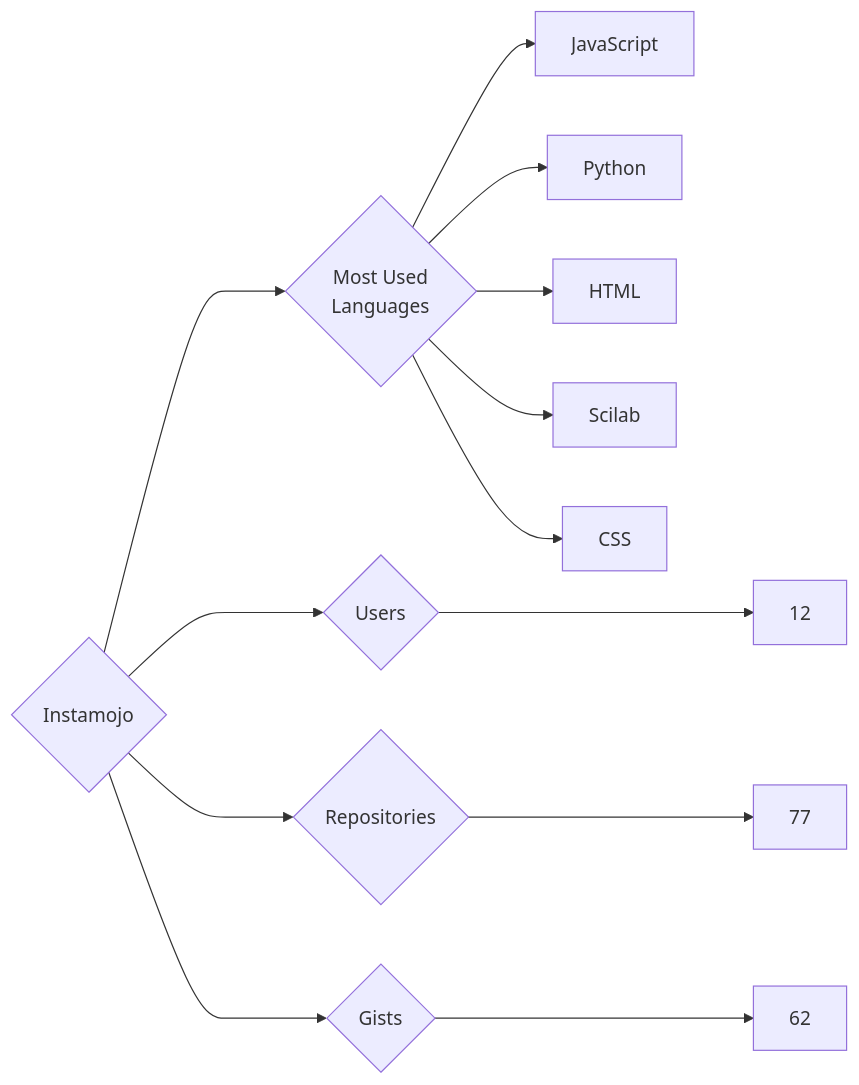
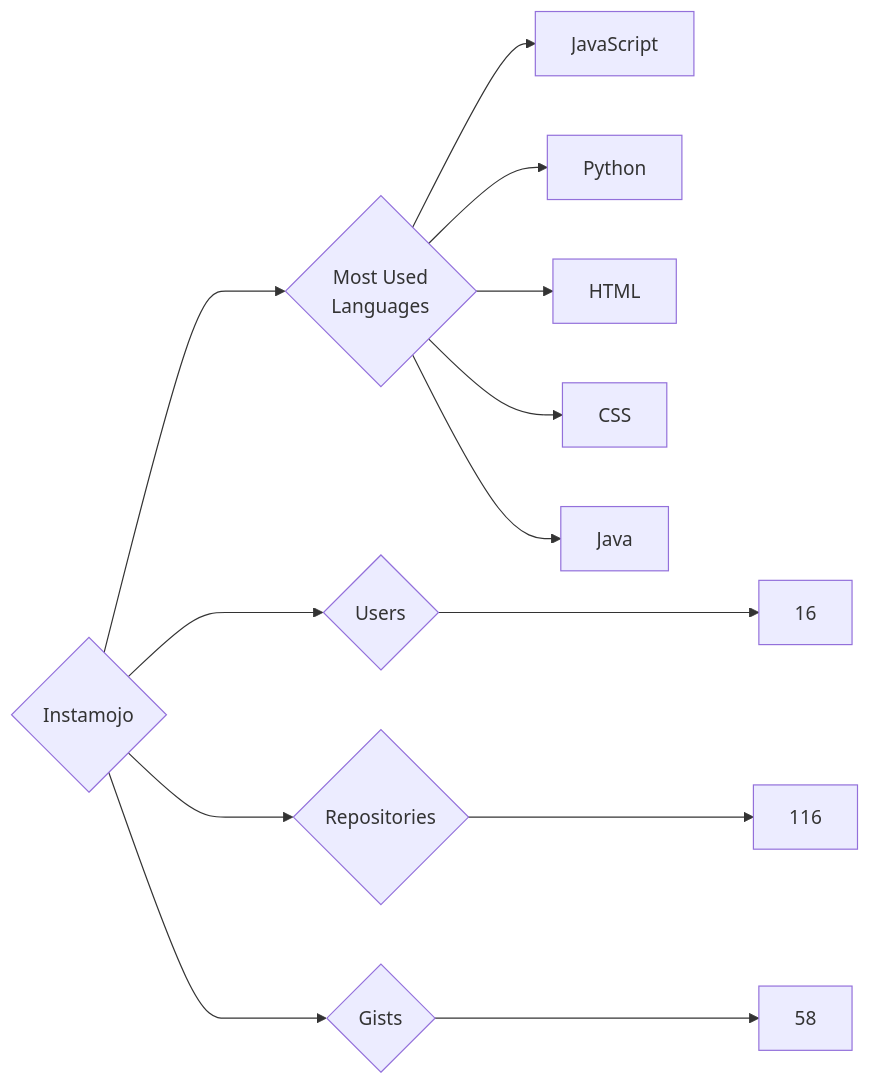
One commit to trickest/insiders changed the diagram in targets/Instamojo/README.md. Above: the diagram before and after it, drawn with Mermaid. The commit also changed 657 other files, not shown here.

````diff
--- a/targets/Instamojo/README.md
+++ b/targets/Instamojo/README.md
@@ -3,13 +3,13 @@
 ```mermaid
 graph LR
 COMPANY_NAME{Instamojo}
-COMPANY_NAME ---> U{Users} ---> UN[12]
-COMPANY_NAME ---> R{Repositories} ---> RN[77]
-COMPANY_NAME ---> G{Gists} ---> GN[62]
+COMPANY_NAME ---> U{Users} ---> UN[16]
+COMPANY_NAME ---> R{Repositories} ---> RN[116]
+COMPANY_NAME ---> G{Gists} ---> GN[58]
 COMPANY_NAME ---> ML{Most Used<br>Languages}
 ML --> JavaScript[JavaScript]
 ML --> Python[Python]
 ML --> HTML[HTML]
-ML --> Scilab[Scilab]
 ML --> CSS[CSS]
+ML --> Java[Java]
 ```
````
